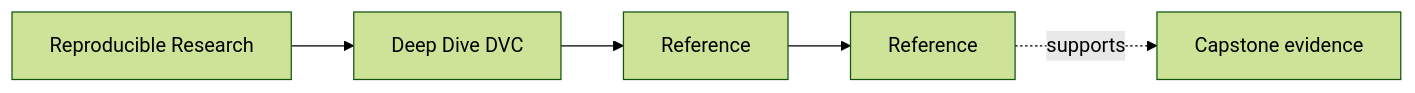
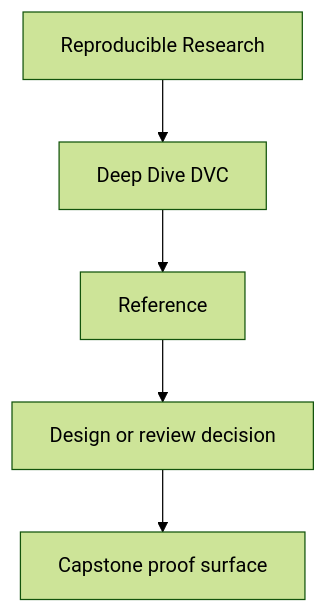
The first of 2 diagrams in programs/reproducible-research/deep-dive-dvc/course-book/reference/index.md (bijux/bijux-masterclass), drawn with Mermaid (forest theme) before and after one commit. The commit also changed other lines of this file and 2 other files, not shown here.

Commit message:
docs(deep-dive-dvc): reframe course-book entry diagrams

````diff
--- a/programs/reproducible-research/deep-dive-dvc/course-book/reference/index.md
+++ b/programs/reproducible-research/deep-dive-dvc/course-book/reference/index.md
@@ -6,11 +6,7 @@
 ```mermaid
-graph LR
-  family["Reproducible Research"]
-  program["Deep Dive DVC"]
-  section["Reference"]
-  page["Reference"]
-  capstone["Capstone evidence"]
-
-  family --> program --> section --> page
-  page -.supports.-> capstone
+flowchart TD
+  family["Reproducible Research"] --> program["Deep Dive DVC"]
+  program --> reference["Reference"]
+  reference --> review["Design or review decision"]
+  review --> capstone["Capstone proof surface"]
 ```
````
